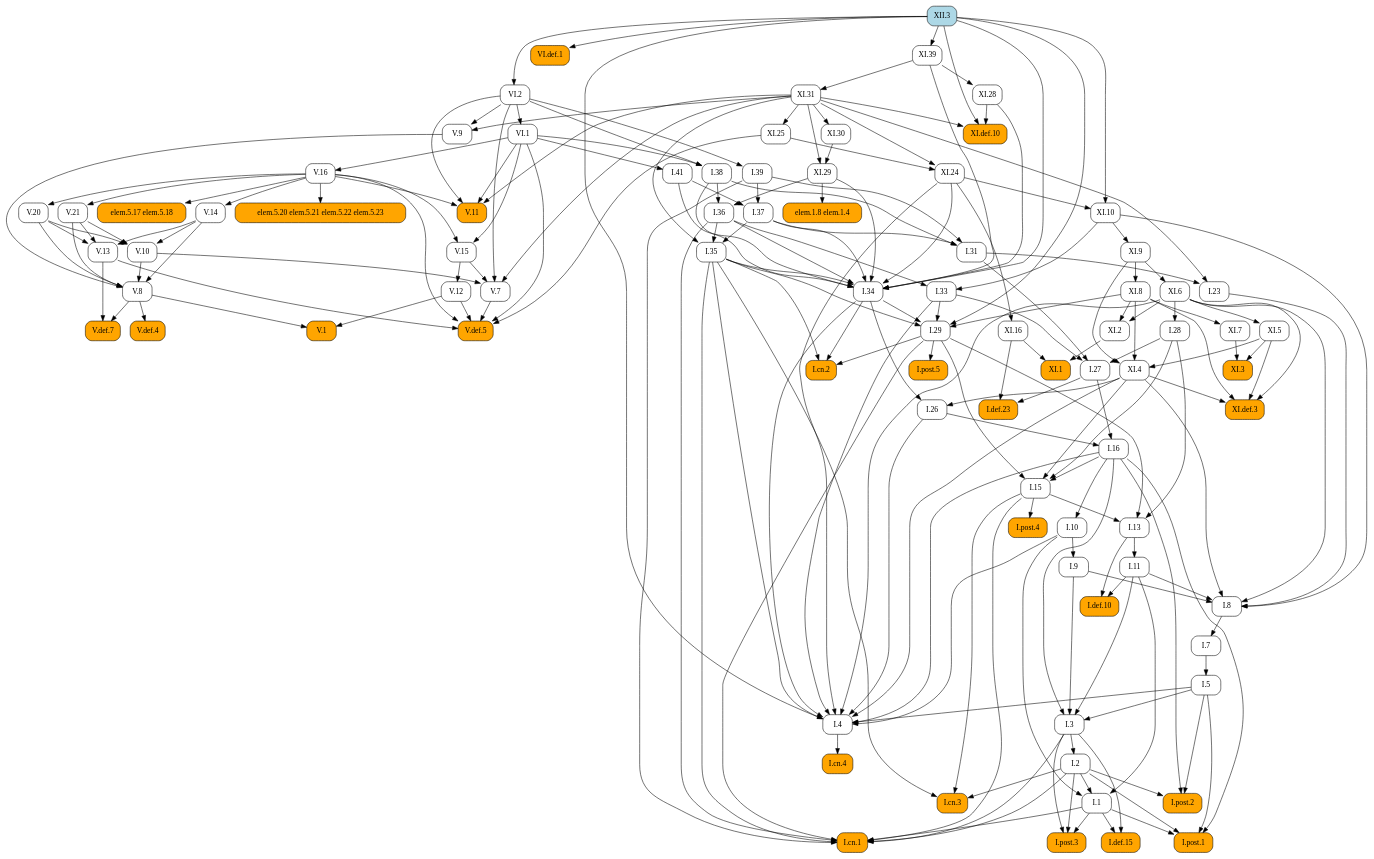
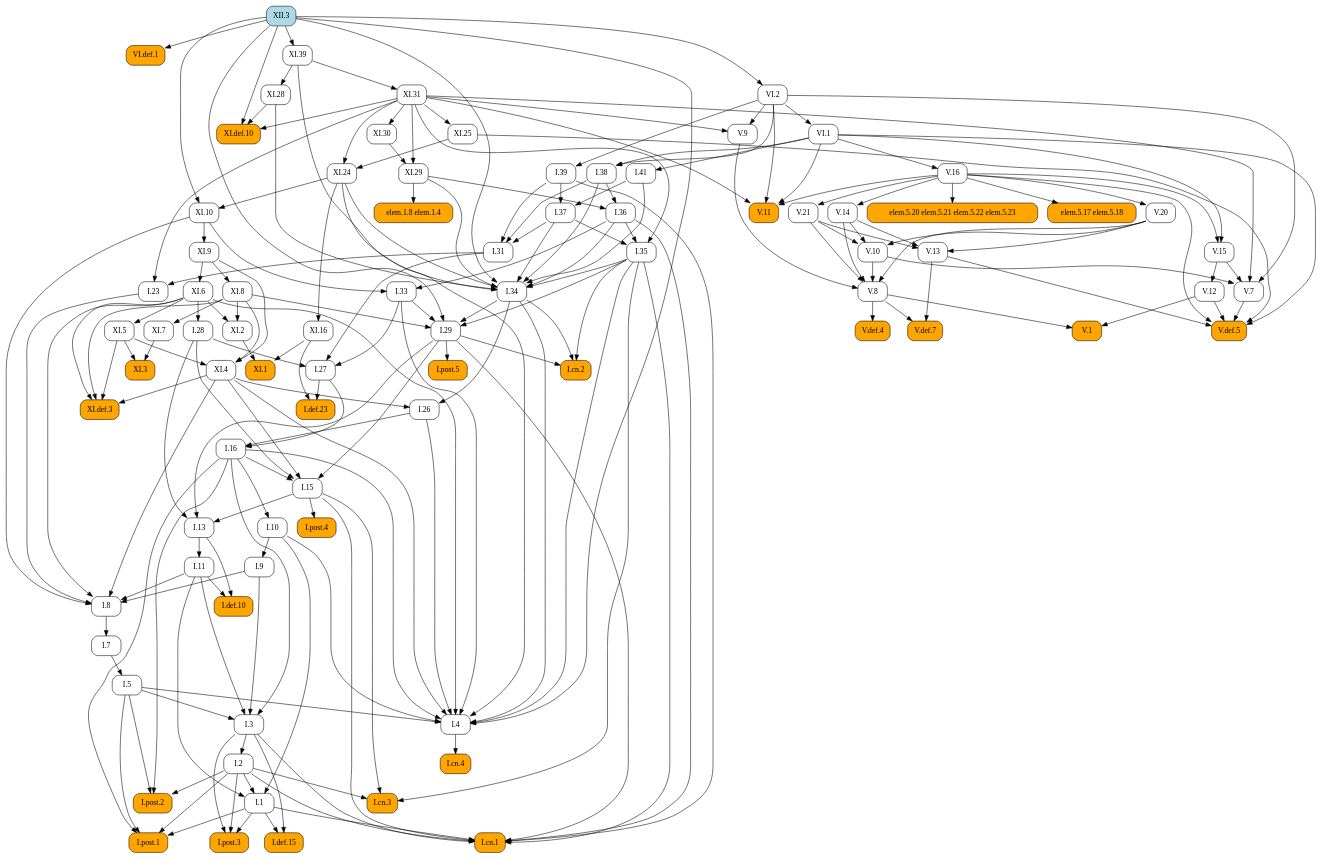
One commit to geometor/elements changed the diagram in docsrc/heath/XII/3/index.rst. Above: the diagram before and after it, drawn with Graphviz. The commit also changed other lines of this file and 484 other files, not shown here.

```diff
--- a/docsrc/heath/XII/3/index.rst
+++ b/docsrc/heath/XII/3/index.rst
@@ -84,137 +84,135 @@
    digraph {
      rankdir="TB";
      node [shape=box, style=rounded];
+     "I.23" [URL="/heath/I/23/", target="_top"];
+     "I.9" [URL="/heath/I/9/", target="_top"];
+     "VI.def.1" [style="rounded,filled", fillcolor=orange, URL="/heath/VI/def.1/", target="_top"];
+     "I.def.15" [style="rounded,filled", fillcolor=orange, URL="/heath/I/def.15/", target="_top"];
+     "V.13" [URL="/heath/V/13/", target="_top"];
+     "XI.24" [URL="/heath/XI/24/", target="_top"];
+     "V.7" [URL="/heath/V/7/", target="_top"];
+     "elem.5.17 elem.5.18" [style="rounded,filled", fillcolor=orange];
+     "XI.6" [URL="/heath/XI/6/", target="_top"];
+     "I.post.1" [style="rounded,filled", fillcolor=orange, URL="/heath/I/post.1/", target="_top"];
+     "V.14" [URL="/heath/V/14/", target="_top"];
+     "V.9" [URL="/heath/V/9/", target="_top"];
+     "I.31" [URL="/heath/I/31/", target="_top"];
      "I.def.10" [style="rounded,filled", fillcolor=orange, URL="/heath/I/def.10/", target="_top"];
+     "V.10" [URL="/heath/V/10/", target="_top"];
+     "XI.def.3" [style="rounded,filled", fillcolor=orange, URL="/heath/XI/def.3/", target="_top"];
+     "XI.10" [URL="/heath/XI/10/", target="_top"];
+     "VI.1" [URL="/heath/VI/1/", target="_top"];
+     "elem.1.8 elem.1.4" [style="rounded,filled", fillcolor=orange];
+     "I.39" [URL="/heath/I/39/", target="_top"];
+     "V.11" [style="rounded,filled", fillcolor=orange, URL="/heath/V/11/", target="_top"];
+     "XI.2" [URL="/heath/XI/2/", target="_top"];
+     "I.34" [URL="/heath/I/34/", target="_top"];
+     "XI.7" [URL="/heath/XI/7/", target="_top"];
+     "I.3" [URL="/heath/I/3/", target="_top"];
+     "V.def.4" [style="rounded,filled", fillcolor=orange, URL="/heath/V/def.4/", target="_top"];
+     "XI.39" [URL="/heath/XI/39/", target="_top"];
+     "V.def.7" [style="rounded,filled", fillcolor=orange, URL="/heath/V/def.7/", target="_top"];
+     "V.21" [URL="/heath/V/21/", target="_top"];
+     "I.2" [URL="/heath/I/2/", target="_top"];
+     "I.13" [URL="/heath/I/13/", target="_top"];
+     "I.post.4" [style="rounded,filled", fillcolor=orange, URL="/heath/I/post.4/", target="_top"];
+     "I.4" [URL="/heath/I/4/", target="_top"];
+     "I.1" [URL="/heath/I/1/", target="_top"];
+     "XI.16" [URL="/heath/XI/16/", target="_top"];
+     "I.8" [URL="/heath/I/8/", target="_top"];
+     "I.29" [URL="/heath/I/29/", target="_top"];
+     "XI.31" [URL="/heath/XI/31/", target="_top"];
+     "XI.5" [URL="/heath/XI/5/", target="_top"];
+     "I.38" [URL="/heath/I/38/", target="_top"];
+     "V.8" [URL="/heath/V/8/", target="_top"];
+     "I.15" [URL="/heath/I/15/", target="_top"];
+     "I.10" [URL="/heath/I/10/", target="_top"];
      "I.11" [URL="/heath/I/11/", target="_top"];
-     "I.post.4" [style="rounded,filled", fillcolor=orange, URL="/heath/I/post.4/", target="_top"];
-     "I.1" [URL="/heath/I/1/", target="_top"];
+     "I.def.23" [style="rounded,filled", fillcolor=orange, URL="/heath/I/def.23/", target="_top"];
+     "XII.3" [style="rounded,filled", fillcolor=lightblue, URL="/heath/XII/3/", target="_top"];
+     "XI.1" [style="rounded,filled", fillcolor=orange, URL="/heath/XI/1/", target="_top"];
+     "I.26" [URL="/heath/I/26/", target="_top"];
+     "V.16" [URL="/heath/V/16/", target="_top"];
+     "I.33" [URL="/heath/I/33/", target="_top"];
+     "XI.4" [URL="/heath/XI/4/", target="_top"];
+     "XI.8" [URL="/heath/XI/8/", target="_top"];
+     "I.post.3" [style="rounded,filled", fillcolor=orange, URL="/heath/I/post.3/", target="_top"];
+     "V.def.5" [style="rounded,filled", fillcolor=orange, URL="/heath/V/def.5/", target="_top"];
+     "XI.3" [style="rounded,filled", fillcolor=orange, URL="/heath/XI/3/", target="_top"];
+     "XI.def.10" [style="rounded,filled", fillcolor=orange, URL="/heath/XI/def.10/", target="_top"];
+     "I.27" [URL="/heath/I/27/", target="_top"];
+     "V.20" [URL="/heath/V/20/", target="_top"];
+     "V.12" [URL="/heath/V/12/", target="_top"];
+     "I.35" [URL="/heath/I/35/", target="_top"];
+     "I.cn.1" [style="rounded,filled", fillcolor=orange, URL="/heath/I/cn.1/", target="_top"];
+     "I.7" [URL="/heath/I/7/", target="_top"];
+     "I.36" [URL="/heath/I/36/", target="_top"];
+     "I.5" [URL="/heath/I/5/", target="_top"];
+     "I.37" [URL="/heath/I/37/", target="_top"];
+     "I.cn.3" [style="rounded,filled", fillcolor=orange, URL="/heath/I/cn.3/", target="_top"];
+     "I.16" [URL="/heath/I/16/", target="_top"];
+     "XI.29" [URL="/heath/XI/29/", target="_top"];
+     "V.1" [style="rounded,filled", fillcolor=orange, URL="/heath/V/1/", target="_top"];
+     "XI.9" [URL="/heath/XI/9/", target="_top"];
+     "I.cn.2" [style="rounded,filled", fillcolor=orange, URL="/heath/I/cn.2/", target="_top"];
+     "I.post.5" [style="rounded,filled", fillcolor=orange, URL="/heath/I/post.5/", target="_top"];
+     "XI.28" [URL="/heath/XI/28/", target="_top"];
+     "VI.2" [URL="/heath/VI/2/", target="_top"];
+     "I.cn.4" [style="rounded,filled", fillcolor=orange, URL="/heath/I/cn.4/", target="_top"];
+     "V.15" [URL="/heath/V/15/", target="_top"];
      "I.28" [URL="/heath/I/28/", target="_top"];
-     "XI.7" [URL="/heath/XI/7/", target="_top"];
-     "V.def.5" [style="rounded,filled", fillcolor=orange, URL="/heath/V/def.5/", target="_top"];
-     "XI.9" [URL="/heath/XI/9/", target="_top"];
-     "XI.8" [URL="/heath/XI/8/", target="_top"];
-     "V.11" [style="rounded,filled", fillcolor=orange, URL="/heath/V/11/", target="_top"];
-     "V.13" [URL="/heath/V/13/", target="_top"];
-     "I.post.3" [style="rounded,filled", fillcolor=orange, URL="/heath/I/post.3/", target="_top"];
-     "VI.1" [URL="/heath/VI/1/", target="_top"];
-     "XI.1" [style="rounded,filled", fillcolor=orange, URL="/heath/XI/1/", target="_top"];
-     "I.cn.3" [style="rounded,filled", fillcolor=orange, URL="/heath/I/cn.3/", target="_top"];
+     "I.41" [URL="/heath/I/41/", target="_top"];
+     "I.post.2" [style="rounded,filled", fillcolor=orange, URL="/heath/I/post.2/", target="_top"];
+     "XI.30" [URL="/heath/XI/30/", target="_top"];
+     "elem.5.20 elem.5.21 elem.5.22 elem.5.23" [style="rounded,filled", fillcolor=orange];
      "XI.25" [URL="/heath/XI/25/", target="_top"];
-     "XI.2" [URL="/heath/XI/2/", target="_top"];
-     "V.16" [URL="/heath/V/16/", target="_top"];
-     "XI.16" [URL="/heath/XI/16/", target="_top"];
-     "XI.31" [URL="/heath/XI/31/", target="_top"];
-     "I.36" [URL="/heath/I/36/", target="_top"];
-     "V.8" [URL="/heath/V/8/", target="_top"];
-     "I.41" [URL="/heath/I/41/", target="_top"];
-     "I.37" [URL="/heath/I/37/", target="_top"];
-     "I.34" [URL="/heath/I/34/", target="_top"];
-     "I.27" [URL="/heath/I/27/", target="_top"];
-     "I.2" [URL="/heath/I/2/", target="_top"];
-     "I.def.23" [style="rounded,filled", fillcolor=orange, URL="/heath/I/def.23/", target="_top"];
-     "elem.1.8 elem.1.4" [style="rounded,filled", fillcolor=orange];
-     "I.33" [URL="/heath/I/33/", target="_top"];
-     "XI.28" [URL="/heath/XI/28/", target="_top"];
-     "I.post.2" [style="rounded,filled", fillcolor=orange, URL="/heath/I/post.2/", target="_top"];
-     "VI.def.1" [style="rounded,filled", fillcolor=orange, URL="/heath/VI/def.1/", target="_top"];
-     "elem.5.20 elem.5.21 elem.5.22 elem.5.23" [style="rounded,filled", fillcolor=orange];
-     "I.9" [URL="/heath/I/9/", target="_top"];
-     "XII.3" [style="rounded,filled", fillcolor=lightblue, URL="/heath/XII/3/", target="_top"];
-     "V.def.4" [style="rounded,filled", fillcolor=orange, URL="/heath/V/def.4/", target="_top"];
-     "I.cn.4" [style="rounded,filled", fillcolor=orange, URL="/heath/I/cn.4/", target="_top"];
-     "I.15" [URL="/heath/I/15/", target="_top"];
-     "I.38" [URL="/heath/I/38/", target="_top"];
-     "V.def.7" [style="rounded,filled", fillcolor=orange, URL="/heath/V/def.7/", target="_top"];
-     "I.5" [URL="/heath/I/5/", target="_top"];
-     "V.21" [URL="/heath/V/21/", target="_top"];
-     "XI.def.3" [style="rounded,filled", fillcolor=orange, URL="/heath/XI/def.3/", target="_top"];
-     "I.39" [URL="/heath/I/39/", target="_top"];
-     "I.26" [URL="/heath/I/26/", target="_top"];
-     "V.14" [URL="/heath/V/14/", target="_top"];
-     "I.29" [URL="/heath/I/29/", target="_top"];
-     "V.12" [URL="/heath/V/12/", target="_top"];
-     "I.cn.2" [style="rounded,filled", fillcolor=orange, URL="/heath/I/cn.2/", target="_top"];
-     "V.20" [URL="/heath/V/20/", target="_top"];
-     "V.10" [URL="/heath/V/10/", target="_top"];
-     "VI.2" [URL="/heath/VI/2/", target="_top"];
-     "XI.30" [URL="/heath/XI/30/", target="_top"];
-     "I.def.15" [style="rounded,filled", fillcolor=orange, URL="/heath/I/def.15/", target="_top"];
-     "V.15" [URL="/heath/V/15/", target="_top"];
-     "XI.5" [URL="/heath/XI/5/", target="_top"];
-     "I.cn.1" [style="rounded,filled", fillcolor=orange, URL="/heath/I/cn.1/", target="_top"];
-     "V.7" [URL="/heath/V/7/", target="_top"];
-     "XI.29" [URL="/heath/XI/29/", target="_top"];
-     "V.9" [URL="/heath/V/9/", target="_top"];
-     "I.23" [URL="/heath/I/23/", target="_top"];
-     "I.post.1" [style="rounded,filled", fillcolor=orange, URL="/heath/I/post.1/", target="_top"];
-     "XI.6" [URL="/heath/XI/6/", target="_top"];
-     "I.35" [URL="/heath/I/35/", target="_top"];
-     "I.7" [URL="/heath/I/7/", target="_top"];
-     "I.3" [URL="/heath/I/3/", target="_top"];
-     "I.4" [URL="/heath/I/4/", target="_top"];
-     "I.13" [URL="/heath/I/13/", target="_top"];
-     "XI.def.10" [style="rounded,filled", fillcolor=orange, URL="/heath/XI/def.10/", target="_top"];
-     "I.31" [URL="/heath/I/31/", target="_top"];
-     "V.1" [style="rounded,filled", fillcolor=orange, URL="/heath/V/1/", target="_top"];
-     "I.16" [URL="/heath/I/16/", target="_top"];
-     "elem.5.17 elem.5.18" [style="rounded,filled", fillcolor=orange];
-     "I.8" [URL="/heath/I/8/", target="_top"];
-     "XI.4" [URL="/heath/XI/4/", target="_top"];
-     "XI.24" [URL="/heath/XI/24/", target="_top"];
-     "I.post.5" [style="rounded,filled", fillcolor=orange, URL="/heath/I/post.5/", target="_top"];
-     "I.10" [URL="/heath/I/10/", target="_top"];
-     "XI.39" [URL="/heath/XI/39/", target="_top"];
-     "XI.10" [URL="/heath/XI/10/", target="_top"];
-     "XI.3" [style="rounded,filled", fillcolor=orange, URL="/heath/XI/3/", target="_top"];
+     "I.31" -> "I.23";
+     "XI.31" -> "I.23";
+     "I.10" -> "I.9";
+     "XII.3" -> "VI.def.1";
+     "I.1" -> "I.def.15";
+     "I.3" -> "I.def.15";
+     "V.14" -> "V.13";
+     "V.20" -> "V.13";
+     "V.21" -> "V.13";
+     "XI.25" -> "XI.24";
+     "XI.31" -> "XI.24";
+     "V.10" -> "V.7";
+     "V.15" -> "V.7";
+     "VI.2" -> "V.7";
+     "XI.31" -> "V.7";
+     "V.16" -> "elem.5.17 elem.5.18";
+     "XI.9" -> "XI.6";
+     "I.1" -> "I.post.1";
+     "I.2" -> "I.post.1";
+     "I.5" -> "I.post.1";
+     "I.16" -> "I.post.1";
+     "V.16" -> "V.14";
+     "VI.2" -> "V.9";
+     "XI.31" -> "V.9";
+     "I.37" -> "I.31";
+     "I.38" -> "I.31";
+     "I.39" -> "I.31";
      "I.11" -> "I.def.10";
      "I.13" -> "I.def.10";
-     "I.13" -> "I.11";
-     "I.15" -> "I.post.4";
-     "I.2" -> "I.1";
-     "I.10" -> "I.1";
-     "I.11" -> "I.1";
-     "XI.6" -> "I.28";
-     "XI.8" -> "XI.7";
-     "V.7" -> "V.def.5";
-     "V.12" -> "V.def.5";
-     "V.13" -> "V.def.5";
-     "V.16" -> "V.def.5";
-     "VI.1" -> "V.def.5";
-     "XI.25" -> "V.def.5";
-     "XI.10" -> "XI.9";
-     "XI.9" -> "XI.8";
+     "V.14" -> "V.10";
+     "V.20" -> "V.10";
+     "V.21" -> "V.10";
+     "XI.4" -> "XI.def.3";
+     "XI.5" -> "XI.def.3";
+     "XI.6" -> "XI.def.3";
+     "XI.8" -> "XI.def.3";
+     "XI.24" -> "XI.10";
+     "XII.3" -> "XI.10";
+     "VI.2" -> "VI.1";
+     "XI.29" -> "elem.1.8 elem.1.4";
+     "VI.2" -> "I.39";
      "V.16" -> "V.11";
      "VI.1" -> "V.11";
      "VI.2" -> "V.11";
      "XI.31" -> "V.11";
-     "V.14" -> "V.13";
-     "V.20" -> "V.13";
-     "V.21" -> "V.13";
-     "I.1" -> "I.post.3";
-     "I.2" -> "I.post.3";
-     "I.3" -> "I.post.3";
-     "VI.2" -> "VI.1";
-     "XI.2" -> "XI.1";
-     "XI.16" -> "XI.1";
-     "I.2" -> "I.cn.3";
-     "I.15" -> "I.cn.3";
-     "I.35" -> "I.cn.3";
-     "XI.31" -> "XI.25";
      "XI.6" -> "XI.2";
      "XI.8" -> "XI.2";
-     "VI.1" -> "V.16";
-     "XI.24" -> "XI.16";
-     "XI.39" -> "XI.31";
-     "I.38" -> "I.36";
-     "XI.29" -> "I.36";
-     "V.9" -> "V.8";
-     "V.10" -> "V.8";
-     "V.14" -> "V.8";
-     "V.20" -> "V.8";
-     "V.21" -> "V.8";
-     "VI.1" -> "I.41";
-     "I.39" -> "I.37";
-     "I.41" -> "I.37";
      "I.35" -> "I.34";
      "I.36" -> "I.34";
      "I.37" -> "I.34";
@@ -225,93 +223,21 @@
      "XI.29" -> "I.34";
      "XI.39" -> "I.34";
      "XII.3" -> "I.34";
-     "I.28" -> "I.27";
-     "I.31" -> "I.27";
-     "I.33" -> "I.27";
-     "I.3" -> "I.2";
-     "I.27" -> "I.def.23";
-     "XI.16" -> "I.def.23";
-     "XI.29" -> "elem.1.8 elem.1.4";
-     "I.36" -> "I.33";
-     "XI.10" -> "I.33";
-     "XI.39" -> "XI.28";
-     "I.2" -> "I.post.2";
-     "I.5" -> "I.post.2";
-     "I.16" -> "I.post.2";
-     "XII.3" -> "VI.def.1";
-     "V.16" -> "elem.5.20 elem.5.21 elem.5.22 elem.5.23";
-     "I.10" -> "I.9";
-     "V.8" -> "V.def.4";
-     "I.4" -> "I.cn.4";
-     "I.16" -> "I.15";
-     "I.28" -> "I.15";
-     "I.29" -> "I.15";
-     "XI.4" -> "I.15";
-     "VI.1" -> "I.38";
-     "VI.2" -> "I.38";
-     "V.8" -> "V.def.7";
-     "V.13" -> "V.def.7";
-     "I.7" -> "I.5";
-     "V.16" -> "V.21";
-     "XI.4" -> "XI.def.3";
-     "XI.5" -> "XI.def.3";
-     "XI.6" -> "XI.def.3";
-     "XI.8" -> "XI.def.3";
-     "VI.2" -> "I.39";
-     "I.34" -> "I.26";
-     "XI.4" -> "I.26";
-     "V.16" -> "V.14";
-     "I.33" -> "I.29";
-     "I.34" -> "I.29";
-     "I.35" -> "I.29";
-     "XI.8" -> "I.29";
-     "XII.3" -> "I.29";
-     "V.15" -> "V.12";
-     "I.29" -> "I.cn.2";
-     "I.34" -> "I.cn.2";
-     "I.35" -> "I.cn.2";
-     "V.16" -> "V.20";
-     "V.14" -> "V.10";
-     "V.20" -> "V.10";
-     "V.21" -> "V.10";
-     "XII.3" -> "VI.2";
-     "XI.31" -> "XI.30";
-     "I.1" -> "I.def.15";
-     "I.3" -> "I.def.15";
-     "V.16" -> "V.15";
-     "VI.1" -> "V.15";
-     "XI.6" -> "XI.5";
-     "I.1" -> "I.cn.1";
-     "I.2" -> "I.cn.1";
-     "I.3" -> "I.cn.1";
-     "I.15" -> "I.cn.1";
-     "I.29" -> "I.cn.1";
-     "I.35" -> "I.cn.1";
-     "I.36" -> "I.cn.1";
-     "I.39" -> "I.cn.1";
-     "V.10" -> "V.7";
-     "V.15" -> "V.7";
-     "VI.2" -> "V.7";
-     "XI.31" -> "V.7";
-     "XI.30" -> "XI.29";
-     "XI.31" -> "XI.29";
-     "VI.2" -> "V.9";
-     "XI.31" -> "V.9";
-     "I.31" -> "I.23";
-     "XI.31" -> "I.23";
-     "I.1" -> "I.post.1";
-     "I.2" -> "I.post.1";
-     "I.5" -> "I.post.1";
-     "I.16" -> "I.post.1";
-     "XI.9" -> "XI.6";
-     "I.36" -> "I.35";
-     "I.37" -> "I.35";
-     "XI.31" -> "I.35";
-     "I.8" -> "I.7";
+     "XI.8" -> "XI.7";
      "I.5" -> "I.3";
      "I.9" -> "I.3";
      "I.11" -> "I.3";
      "I.16" -> "I.3";
+     "V.8" -> "V.def.4";
+     "XII.3" -> "XI.39";
+     "V.8" -> "V.def.7";
+     "V.13" -> "V.def.7";
+     "V.16" -> "V.21";
+     "I.3" -> "I.2";
+     "I.15" -> "I.13";
+     "I.28" -> "I.13";
+     "I.29" -> "I.13";
+     "I.15" -> "I.post.4";
      "I.5" -> "I.4";
      "I.10" -> "I.4";
      "I.16" -> "I.4";
@@ -323,36 +249,110 @@
      "XI.6" -> "I.4";
      "XI.24" -> "I.4";
      "XII.3" -> "I.4";
-     "I.15" -> "I.13";
-     "I.28" -> "I.13";
-     "I.29" -> "I.13";
-     "XI.28" -> "XI.def.10";
-     "XI.31" -> "XI.def.10";
-     "XII.3" -> "XI.def.10";
-     "I.37" -> "I.31";
-     "I.38" -> "I.31";
-     "I.39" -> "I.31";
-     "V.8" -> "V.1";
-     "V.12" -> "V.1";
-     "I.26" -> "I.16";
-     "I.27" -> "I.16";
-     "V.16" -> "elem.5.17 elem.5.18";
+     "I.2" -> "I.1";
+     "I.10" -> "I.1";
+     "I.11" -> "I.1";
+     "XI.24" -> "XI.16";
      "I.9" -> "I.8";
      "I.11" -> "I.8";
      "I.23" -> "I.8";
      "XI.4" -> "I.8";
      "XI.6" -> "I.8";
      "XI.10" -> "I.8";
+     "I.33" -> "I.29";
+     "I.34" -> "I.29";
+     "I.35" -> "I.29";
+     "XI.8" -> "I.29";
+     "XII.3" -> "I.29";
+     "XI.39" -> "XI.31";
+     "XI.6" -> "XI.5";
+     "VI.1" -> "I.38";
+     "VI.2" -> "I.38";
+     "V.9" -> "V.8";
+     "V.10" -> "V.8";
+     "V.14" -> "V.8";
+     "V.20" -> "V.8";
+     "V.21" -> "V.8";
+     "I.16" -> "I.15";
+     "I.28" -> "I.15";
+     "I.29" -> "I.15";
+     "XI.4" -> "I.15";
+     "I.16" -> "I.10";
+     "I.13" -> "I.11";
+     "I.27" -> "I.def.23";
+     "XI.16" -> "I.def.23";
+     "XI.2" -> "XI.1";
+     "XI.16" -> "XI.1";
+     "I.34" -> "I.26";
+     "XI.4" -> "I.26";
+     "VI.1" -> "V.16";
+     "I.36" -> "I.33";
+     "XI.10" -> "I.33";
      "XI.5" -> "XI.4";
      "XI.8" -> "XI.4";
      "XI.9" -> "XI.4";
-     "XI.25" -> "XI.24";
-     "XI.31" -> "XI.24";
-     "I.29" -> "I.post.5";
-     "I.16" -> "I.10";
-     "XII.3" -> "XI.39";
-     "XI.24" -> "XI.10";
-     "XII.3" -> "XI.10";
+     "XI.9" -> "XI.8";
+     "I.1" -> "I.post.3";
+     "I.2" -> "I.post.3";
+     "I.3" -> "I.post.3";
+     "V.7" -> "V.def.5";
+     "V.12" -> "V.def.5";
+     "V.13" -> "V.def.5";
+     "V.16" -> "V.def.5";
+     "VI.1" -> "V.def.5";
+     "XI.25" -> "V.def.5";
      "XI.5" -> "XI.3";
      "XI.7" -> "XI.3";
+     "XI.28" -> "XI.def.10";
+     "XI.31" -> "XI.def.10";
+     "XII.3" -> "XI.def.10";
+     "I.28" -> "I.27";
+     "I.31" -> "I.27";
+     "I.33" -> "I.27";
+     "V.16" -> "V.20";
+     "V.15" -> "V.12";
+     "I.36" -> "I.35";
+     "I.37" -> "I.35";
+     "XI.31" -> "I.35";
+     "I.1" -> "I.cn.1";
+     "I.2" -> "I.cn.1";
+     "I.3" -> "I.cn.1";
+     "I.15" -> "I.cn.1";
+     "I.29" -> "I.cn.1";
+     "I.35" -> "I.cn.1";
+     "I.36" -> "I.cn.1";
+     "I.39" -> "I.cn.1";
+     "I.8" -> "I.7";
+     "I.38" -> "I.36";
+     "XI.29" -> "I.36";
+     "I.7" -> "I.5";
+     "I.39" -> "I.37";
+     "I.41" -> "I.37";
+     "I.2" -> "I.cn.3";
+     "I.15" -> "I.cn.3";
+     "I.35" -> "I.cn.3";
+     "I.26" -> "I.16";
+     "I.27" -> "I.16";
+     "XI.30" -> "XI.29";
+     "XI.31" -> "XI.29";
+     "V.8" -> "V.1";
+     "V.12" -> "V.1";
+     "XI.10" -> "XI.9";
+     "I.29" -> "I.cn.2";
+     "I.34" -> "I.cn.2";
+     "I.35" -> "I.cn.2";
+     "I.29" -> "I.post.5";
+     "XI.39" -> "XI.28";
+     "XII.3" -> "VI.2";
+     "I.4" -> "I.cn.4";
+     "V.16" -> "V.15";
+     "VI.1" -> "V.15";
+     "XI.6" -> "I.28";
+     "VI.1" -> "I.41";
+     "I.2" -> "I.post.2";
+     "I.5" -> "I.post.2";
+     "I.16" -> "I.post.2";
+     "XI.31" -> "XI.30";
+     "V.16" -> "elem.5.20 elem.5.21 elem.5.22 elem.5.23";
+     "XI.31" -> "XI.25";
    }
```
